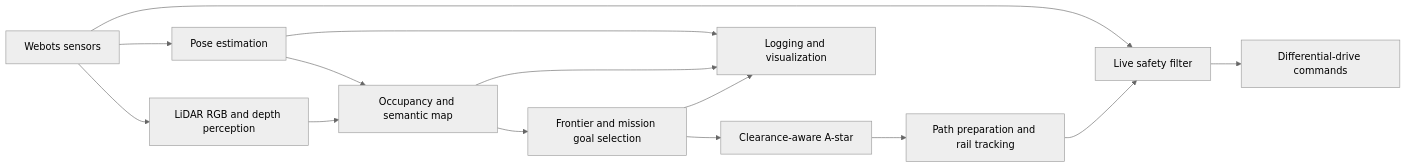
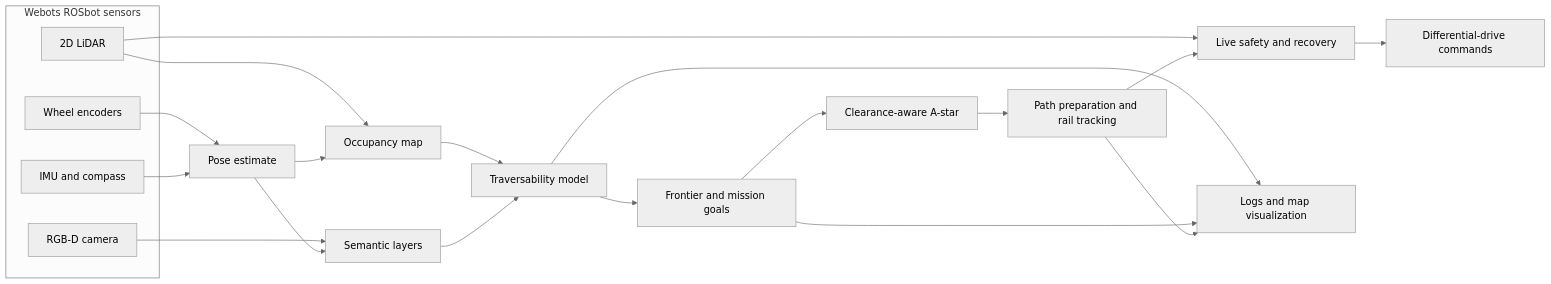
The first of 2 diagrams in README.md (dvkkishore/aur-rosbot-explorer-webots), drawn with Mermaid (neutral theme) before and after one commit. The commit also changed other lines of this file and 2 other files, not shown here.

````diff
--- a/README.md
+++ b/README.md
@@ -104,16 +20,27 @@
 ```mermaid
 flowchart LR
-    S[Webots sensors] --> L[Pose estimation]
-    S --> P[LiDAR RGB and depth perception]
-    L --> M[Occupancy and semantic map]
-    P --> M
-    M --> E[Frontier and mission goal selection]
-    E --> G[Clearance-aware A-star]
-    G --> T[Path preparation and rail tracking]
-    S --> F[Live safety filter]
-    T --> F
-    F --> A[Differential-drive commands]
-    L --> O[Logging and visualization]
-    M --> O
-    E --> O
+    subgraph Inputs[Webots ROSbot sensors]
+        ENC[Wheel encoders]
+        IMU[IMU and compass]
+        LIDAR[2D LiDAR]
+        RGBD[RGB-D camera]
+    end
+
+    ENC --> LOC[Pose estimate]
+    IMU --> LOC
+    LIDAR --> OCC[Occupancy map]
+    RGBD --> SEM[Semantic layers]
+    LOC --> OCC
+    LOC --> SEM
+    OCC --> WORLD[Traversability model]
+    SEM --> WORLD
+    WORLD --> GOAL[Frontier and mission goals]
+    GOAL --> PLAN[Clearance-aware A-star]
+    PLAN --> TRACK[Path preparation and rail tracking]
+    LIDAR --> SAFE[Live safety and recovery]
+    TRACK --> SAFE
+    SAFE --> DRIVE[Differential-drive commands]
+    WORLD --> OBS[Logs and map visualization]
+    GOAL --> OBS
+    TRACK --> OBS
 ```
````
